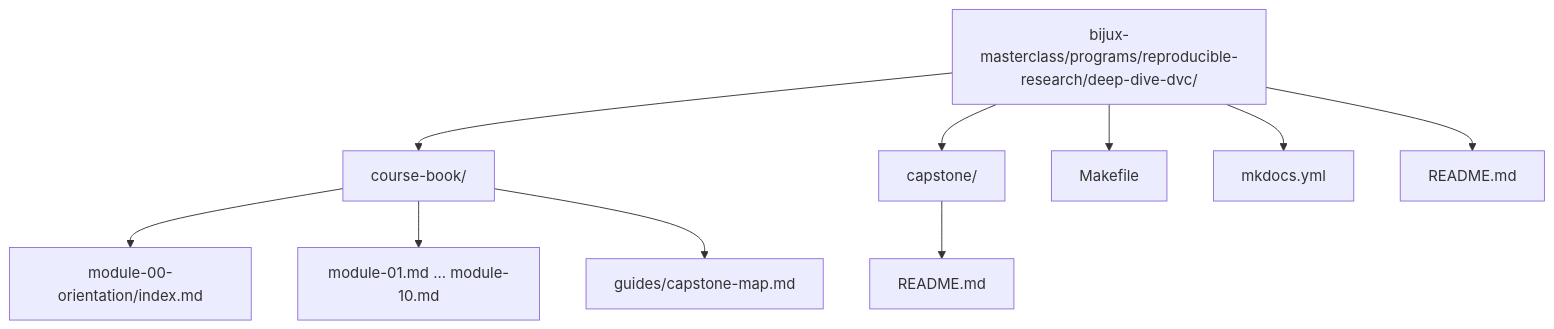
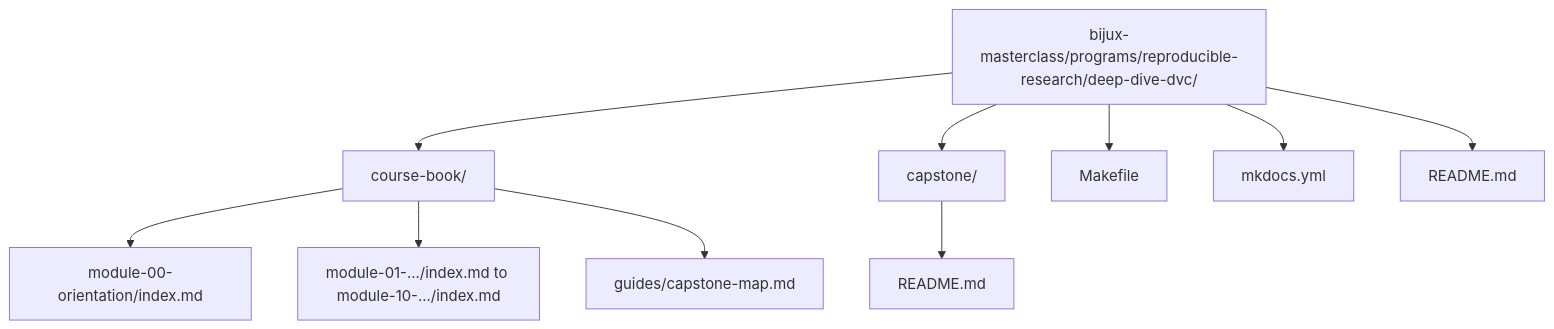
The third of 3 diagrams in programs/reproducible-research/deep-dive-dvc/course-book/index.md (bijux/bijux-masterclass), drawn with Mermaid before and after one commit. The commit also changed other lines of this file and 6 other files, not shown here.

````diff
--- a/programs/reproducible-research/deep-dive-dvc/course-book/index.md
+++ b/programs/reproducible-research/deep-dive-dvc/course-book/index.md
@@ -145,13 +145,13 @@
 ```mermaid
 graph TD
   root["bijux-masterclass/programs/reproducible-research/deep-dive-dvc/"]
   root --> book["course-book/"]
   root --> capstone["capstone/"]
   root --> makefile["Makefile"]
   root --> mkdocs["mkdocs.yml"]
   root --> readme["README.md"]
   book --> orientation["module-00-orientation/index.md"]
-  book --> modules["module-01.md ... module-10.md"]
+  book --> modules["module-01-.../index.md to module-10-.../index.md"]
   book --> capmap["guides/capstone-map.md"]
   capstone --> capreadme["README.md"]
 ```
````
